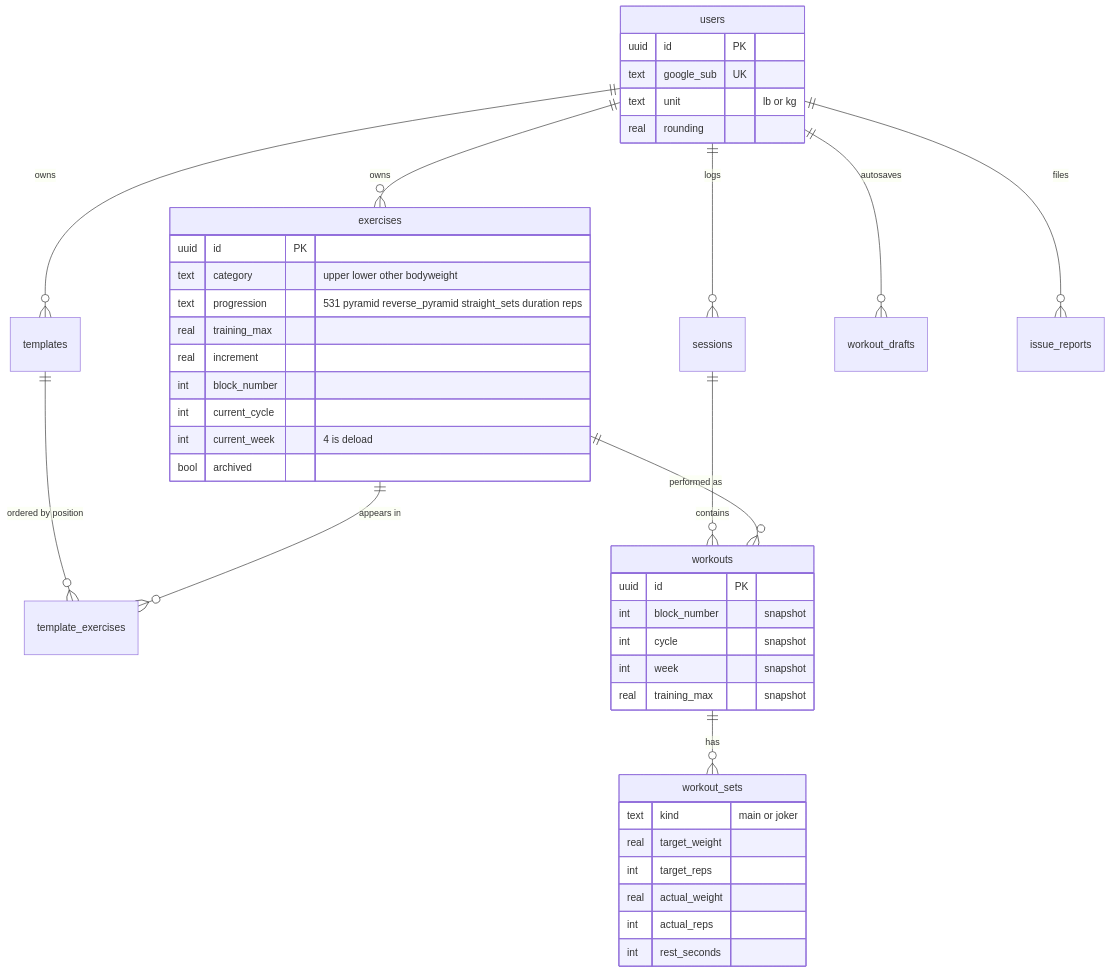
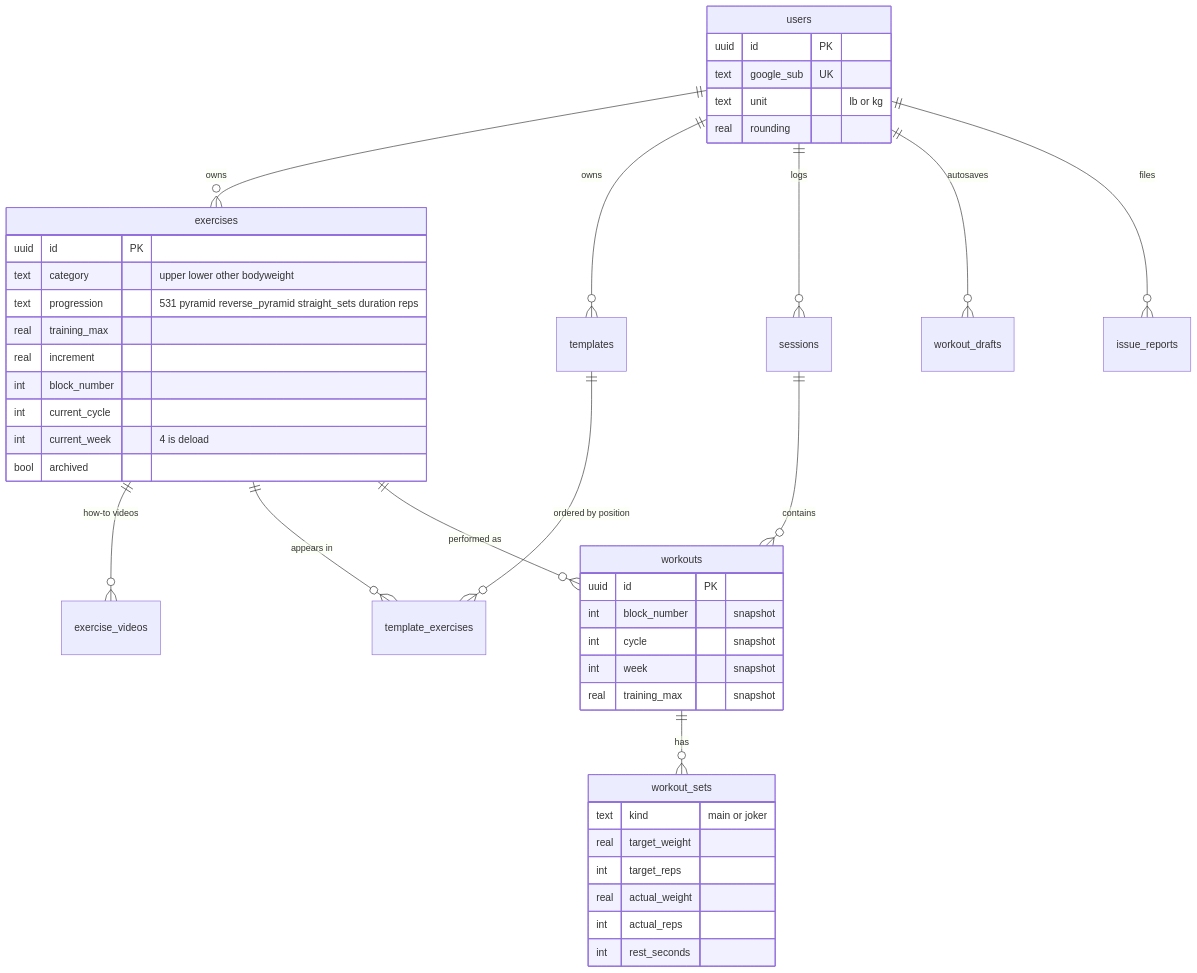
The third of 6 diagrams in design.md (steven-whaley/calisthenics-tracker), drawn with Mermaid before and after one commit. The commit also changed other lines of this file and 12 other files, not shown here.

First line of the commit message:
Embed YouTube how-to videos on exercise pages with an Add video search

````diff
--- a/design.md
+++ b/design.md
@@ -121,46 +122,47 @@
 ```mermaid
 erDiagram
     users ||--o{ exercises : owns
     users ||--o{ templates : owns
     users ||--o{ sessions : logs
     users ||--o{ workout_drafts : autosaves
     users ||--o{ issue_reports : files
+    exercises ||--o{ exercise_videos : "how-to videos"
     templates ||--o{ template_exercises : "ordered by position"
     exercises ||--o{ template_exercises : "appears in"
     sessions ||--o{ workouts : contains
     exercises ||--o{ workouts : "performed as"
     workouts ||--o{ workout_sets : has
 
     users {
         uuid id PK
         text google_sub UK
         text unit "lb or kg"
         real rounding
     }
     exercises {
         uuid id PK
         text category "upper lower other bodyweight"
         text progression "531 pyramid reverse_pyramid straight_sets duration reps"
         real training_max
         real increment
         int block_number
         int current_cycle
         int current_week "4 is deload"
         bool archived
     }
     workouts {
         uuid id PK
         int block_number "snapshot"
         int cycle "snapshot"
         int week "snapshot"
         real training_max "snapshot"
     }
     workout_sets {
         text kind "main or joker"
         real target_weight
         int target_reps
         real actual_weight
         int actual_reps
         int rest_seconds
     }
 ```
````
